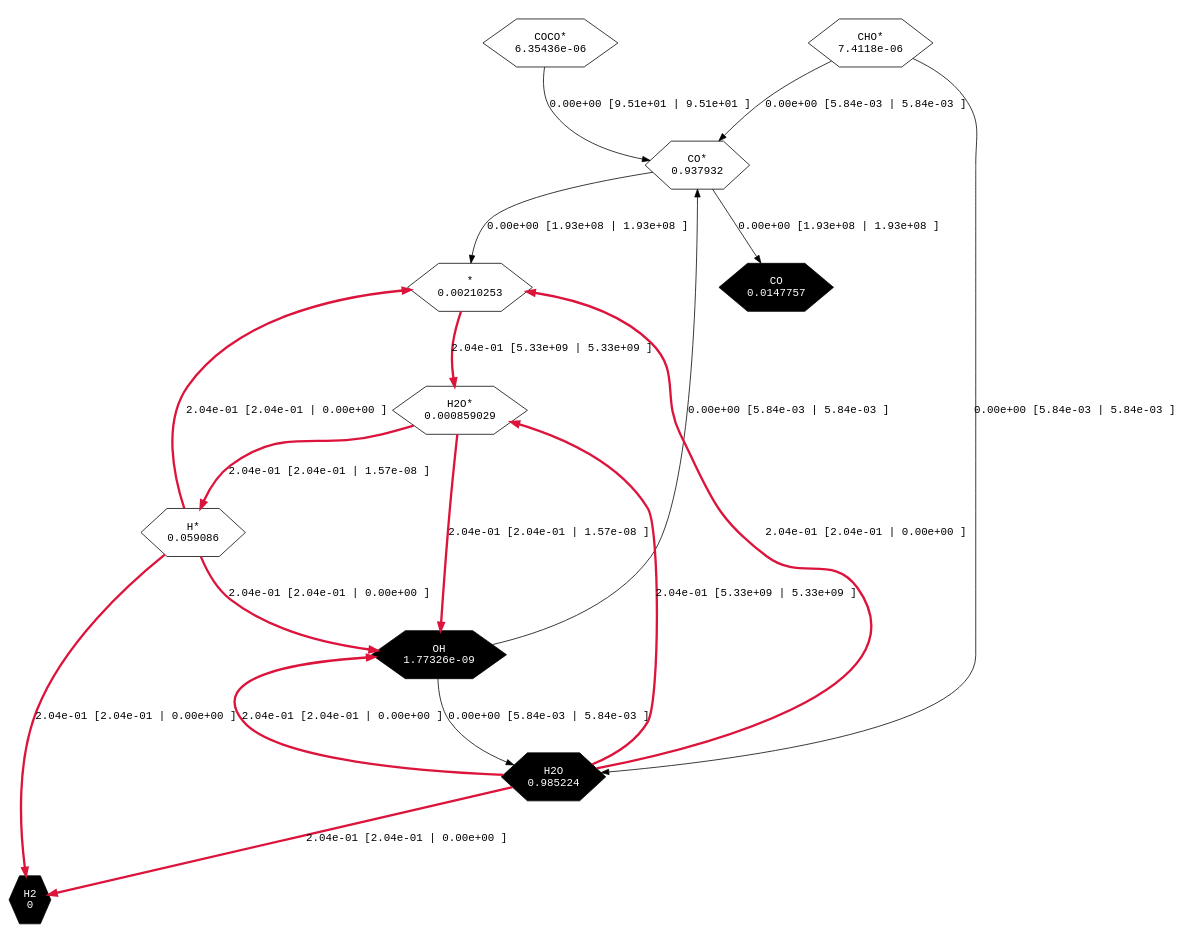
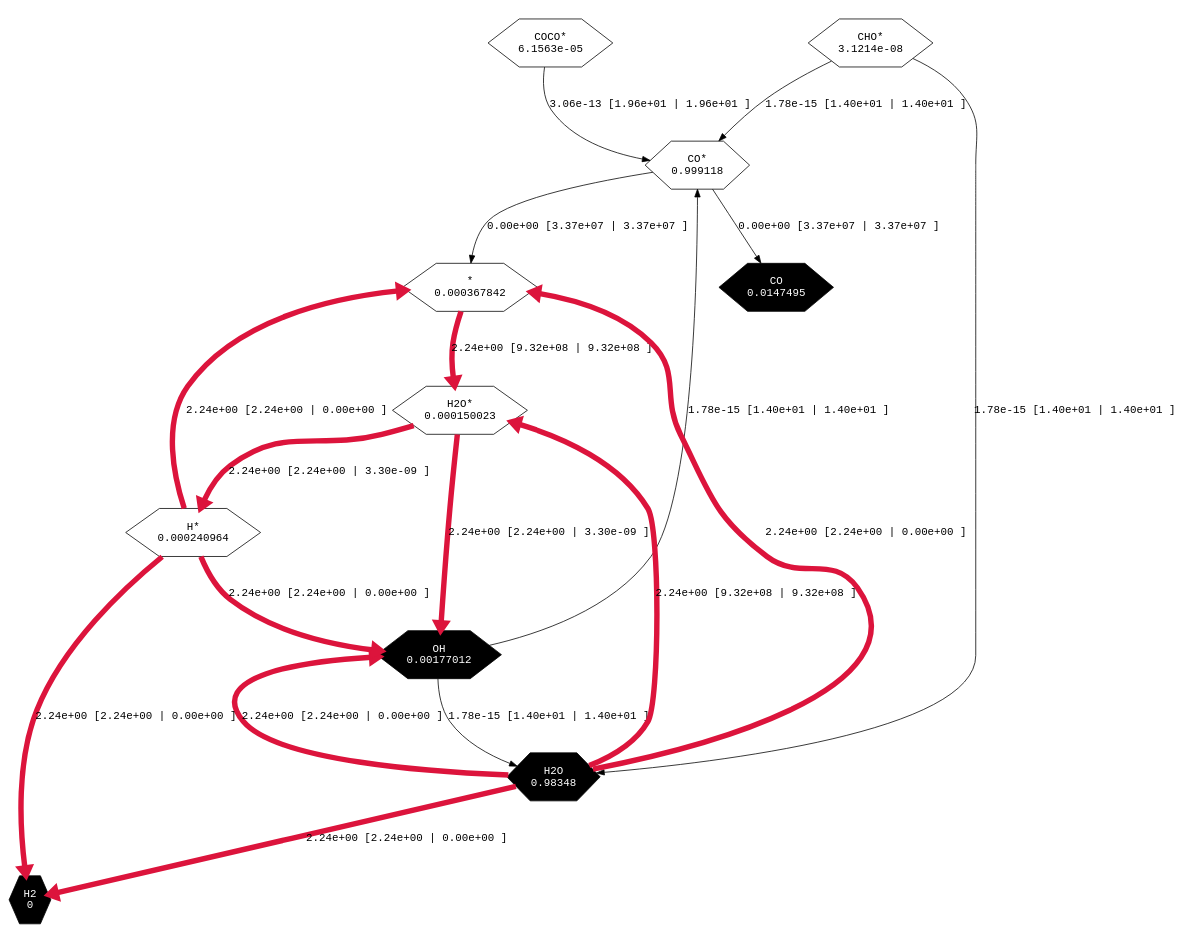
Before and after one commit to agrgroup/TransienteMKM: the diagram in Streamlit/run/networkplots/network_01_0298K.dot, drawn with Graphviz. The commit also changed 62 other files, not shown here.

```diff
--- a/Streamlit/run/networkplots/network_01_0298K.dot
+++ b/Streamlit/run/networkplots/network_01_0298K.dot
@@ -1,34 +1,34 @@
 strict digraph G {
 	layout=dot
 	rotate=0
 	ratio=1
 	rankdir=TB
-	"CO*" -> "CO" [label="0.00e+00 [1.93e+08 | 1.93e+08 ]",fontname="monospace",penwidth=1,color=black];
-	"CO*" -> "*" [label="0.00e+00 [1.93e+08 | 1.93e+08 ]",fontname="monospace",penwidth=1,color=black];
-	"COCO*" -> "CO*" [label="0.00e+00 [9.51e+01 | 9.51e+01 ]",fontname="monospace",penwidth=1,color=black];
-	"COCO*" -> "CO*" [label="0.00e+00 [9.51e+01 | 9.51e+01 ]",fontname="monospace",penwidth=1,color=black];
-	"CHO*" -> "CO*" [label="0.00e+00 [5.84e-03 | 5.84e-03 ]",fontname="monospace",penwidth=1,color=black];
-	"OH" -> "CO*" [label="0.00e+00 [5.84e-03 | 5.84e-03 ]",fontname="monospace",penwidth=1,color=black];
-	"CHO*" -> "H2O" [label="0.00e+00 [5.84e-03 | 5.84e-03 ]",fontname="monospace",penwidth=1,color=black];
-	"OH" -> "H2O" [label="0.00e+00 [5.84e-03 | 5.84e-03 ]",fontname="monospace",penwidth=1,color=black];
-	"H2O" -> "H2O*" [label="2.04e-01 [5.33e+09 | 5.33e+09 ]",fontname="monospace",penwidth=3,color=crimson];
-	"*" -> "H2O*" [label="2.04e-01 [5.33e+09 | 5.33e+09 ]",fontname="monospace",penwidth=3,color=crimson];
-	"H2O*" -> "H*" [label="2.04e-01 [2.04e-01 | 1.57e-08 ]",fontname="monospace",penwidth=3,color=crimson];
-	"H2O*" -> "OH" [label="2.04e-01 [2.04e-01 | 1.57e-08 ]",fontname="monospace",penwidth=3,color=crimson];
-	"H2O" -> "H2" [label="2.04e-01 [2.04e-01 | 0.00e+00 ]",fontname="monospace",penwidth=3,color=crimson];
-	"H2O" -> "OH" [label="2.04e-01 [2.04e-01 | 0.00e+00 ]",fontname="monospace",penwidth=3,color=crimson];
-	"H2O" -> "*" [label="2.04e-01 [2.04e-01 | 0.00e+00 ]",fontname="monospace",penwidth=3,color=crimson];
-	"H*" -> "H2" [label="2.04e-01 [2.04e-01 | 0.00e+00 ]",fontname="monospace",penwidth=3,color=crimson];
-	"H*" -> "OH" [label="2.04e-01 [2.04e-01 | 0.00e+00 ]",fontname="monospace",penwidth=3,color=crimson];
-	"H*" -> "*" [label="2.04e-01 [2.04e-01 | 0.00e+00 ]",fontname="monospace",penwidth=3,color=crimson];
-	"CO"[fontname="monospace",shape=hexagon,label="CO\n0.0147757",fillcolor=black,style=filled,fontcolor=white];
-	"H*"[fontname="monospace",shape=hexagon,label="H*\n0.059086"];
-	"CO*"[fontname="monospace",shape=hexagon,label="CO*\n0.937932"];
-	"*"[fontname="monospace",shape=hexagon,label="*\n0.00210253"];
-	"COCO*"[fontname="monospace",shape=hexagon,label="COCO*\n6.35436e-06"];
-	"CHO*"[fontname="monospace",shape=hexagon,label="CHO*\n7.4118e-06"];
-	"OH"[fontname="monospace",shape=hexagon,label="OH\n1.77326e-09",fillcolor=black,style=filled,fontcolor=white];
-	"H2O"[fontname="monospace",shape=hexagon,label="H2O\n0.985224",fillcolor=black,style=filled,fontcolor=white];
-	"H2O*"[fontname="monospace",shape=hexagon,label="H2O*\n0.000859029"];
+	"CO*" -> "CO" [label="0.00e+00 [3.37e+07 | 3.37e+07 ]",fontname="monospace",penwidth=1,color=black];
+	"CO*" -> "*" [label="0.00e+00 [3.37e+07 | 3.37e+07 ]",fontname="monospace",penwidth=1,color=black];
+	"COCO*" -> "CO*" [label="3.06e-13 [1.96e+01 | 1.96e+01 ]",fontname="monospace",penwidth=1,color=black];
+	"COCO*" -> "CO*" [label="3.06e-13 [1.96e+01 | 1.96e+01 ]",fontname="monospace",penwidth=1,color=black];
+	"CHO*" -> "CO*" [label="1.78e-15 [1.40e+01 | 1.40e+01 ]",fontname="monospace",penwidth=1,color=black];
+	"OH" -> "CO*" [label="1.78e-15 [1.40e+01 | 1.40e+01 ]",fontname="monospace",penwidth=1,color=black];
+	"CHO*" -> "H2O" [label="1.78e-15 [1.40e+01 | 1.40e+01 ]",fontname="monospace",penwidth=1,color=black];
+	"OH" -> "H2O" [label="1.78e-15 [1.40e+01 | 1.40e+01 ]",fontname="monospace",penwidth=1,color=black];
+	"H2O" -> "H2O*" [label="2.24e+00 [9.32e+08 | 9.32e+08 ]",fontname="monospace",penwidth=7,color=crimson];
+	"*" -> "H2O*" [label="2.24e+00 [9.32e+08 | 9.32e+08 ]",fontname="monospace",penwidth=7,color=crimson];
+	"H2O*" -> "H*" [label="2.24e+00 [2.24e+00 | 3.30e-09 ]",fontname="monospace",penwidth=7,color=crimson];
+	"H2O*" -> "OH" [label="2.24e+00 [2.24e+00 | 3.30e-09 ]",fontname="monospace",penwidth=7,color=crimson];
+	"H2O" -> "H2" [label="2.24e+00 [2.24e+00 | 0.00e+00 ]",fontname="monospace",penwidth=7,color=crimson];
+	"H2O" -> "OH" [label="2.24e+00 [2.24e+00 | 0.00e+00 ]",fontname="monospace",penwidth=7,color=crimson];
+	"H2O" -> "*" [label="2.24e+00 [2.24e+00 | 0.00e+00 ]",fontname="monospace",penwidth=7,color=crimson];
+	"H*" -> "H2" [label="2.24e+00 [2.24e+00 | 0.00e+00 ]",fontname="monospace",penwidth=7,color=crimson];
+	"H*" -> "OH" [label="2.24e+00 [2.24e+00 | 0.00e+00 ]",fontname="monospace",penwidth=7,color=crimson];
+	"H*" -> "*" [label="2.24e+00 [2.24e+00 | 0.00e+00 ]",fontname="monospace",penwidth=7,color=crimson];
+	"CO"[fontname="monospace",shape=hexagon,label="CO\n0.0147495",fillcolor=black,style=filled,fontcolor=white];
+	"H*"[fontname="monospace",shape=hexagon,label="H*\n0.000240964"];
+	"CO*"[fontname="monospace",shape=hexagon,label="CO*\n0.999118"];
+	"*"[fontname="monospace",shape=hexagon,label="*\n0.000367842"];
+	"COCO*"[fontname="monospace",shape=hexagon,label="COCO*\n6.1563e-05"];
+	"CHO*"[fontname="monospace",shape=hexagon,label="CHO*\n3.1214e-08"];
+	"OH"[fontname="monospace",shape=hexagon,label="OH\n0.00177012",fillcolor=black,style=filled,fontcolor=white];
+	"H2O"[fontname="monospace",shape=hexagon,label="H2O\n0.98348",fillcolor=black,style=filled,fontcolor=white];
+	"H2O*"[fontname="monospace",shape=hexagon,label="H2O*\n0.000150023"];
 	"H2"[fontname="monospace",shape=hexagon,label="H2\n0",fillcolor=black,style=filled,fontcolor=white];
 }
```
